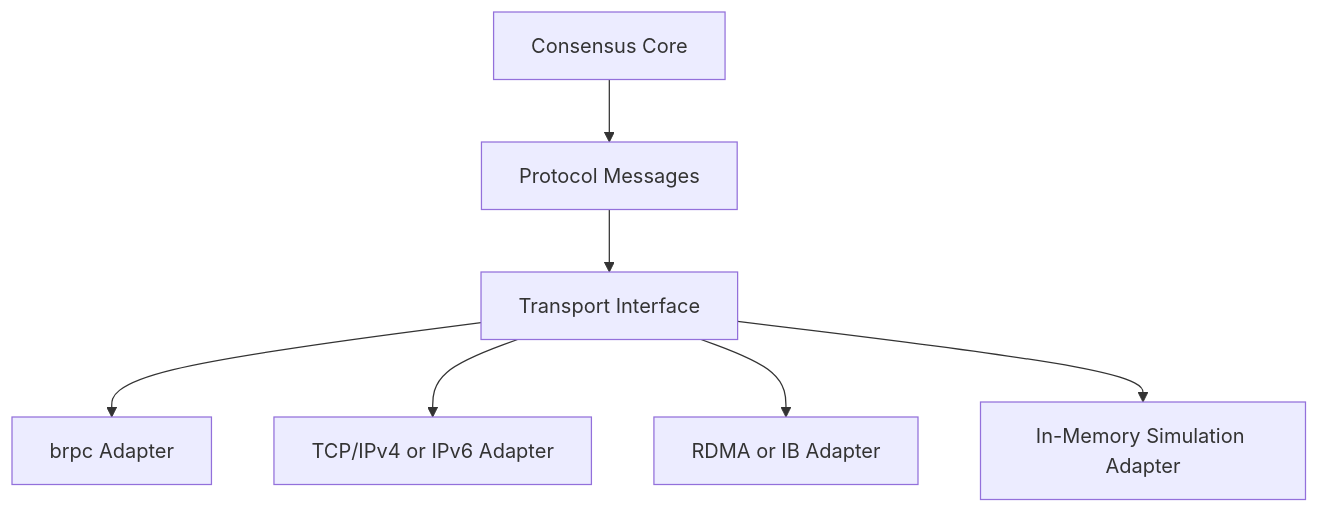
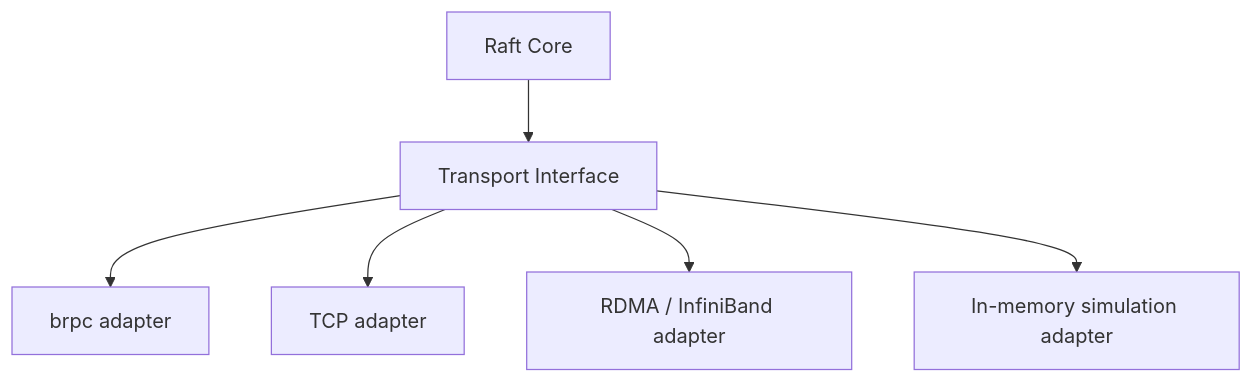
The diagram in docs/explanation/transport-layer.md (bringhurst/quorumkit), drawn with Mermaid before and after one commit. The commit also changed other lines of this file and 24 other files, not shown here.

````diff
--- a/docs/explanation/transport-layer.md
+++ b/docs/explanation/transport-layer.md
@@ -10,9 +10,8 @@
 ```mermaid
 flowchart TD
-    Core[Consensus Core] --> Msg[Protocol Messages]
-    Msg --> Transport[Transport Interface]
-    Transport --> Brpc[brpc Adapter]
-    Transport --> Tcp[TCP/IPv4 or IPv6 Adapter]
-    Transport --> Rdma[RDMA or IB Adapter]
-    Transport --> Sim[In-Memory Simulation Adapter]
+    Core[Raft Core] --> TI[Transport Interface]
+    TI --> Brpc[brpc adapter]
+    TI --> Tcp[TCP adapter]
+    TI --> Rdma[RDMA / InfiniBand adapter]
+    TI --> Sim[In-memory simulation adapter]
 ```
````
